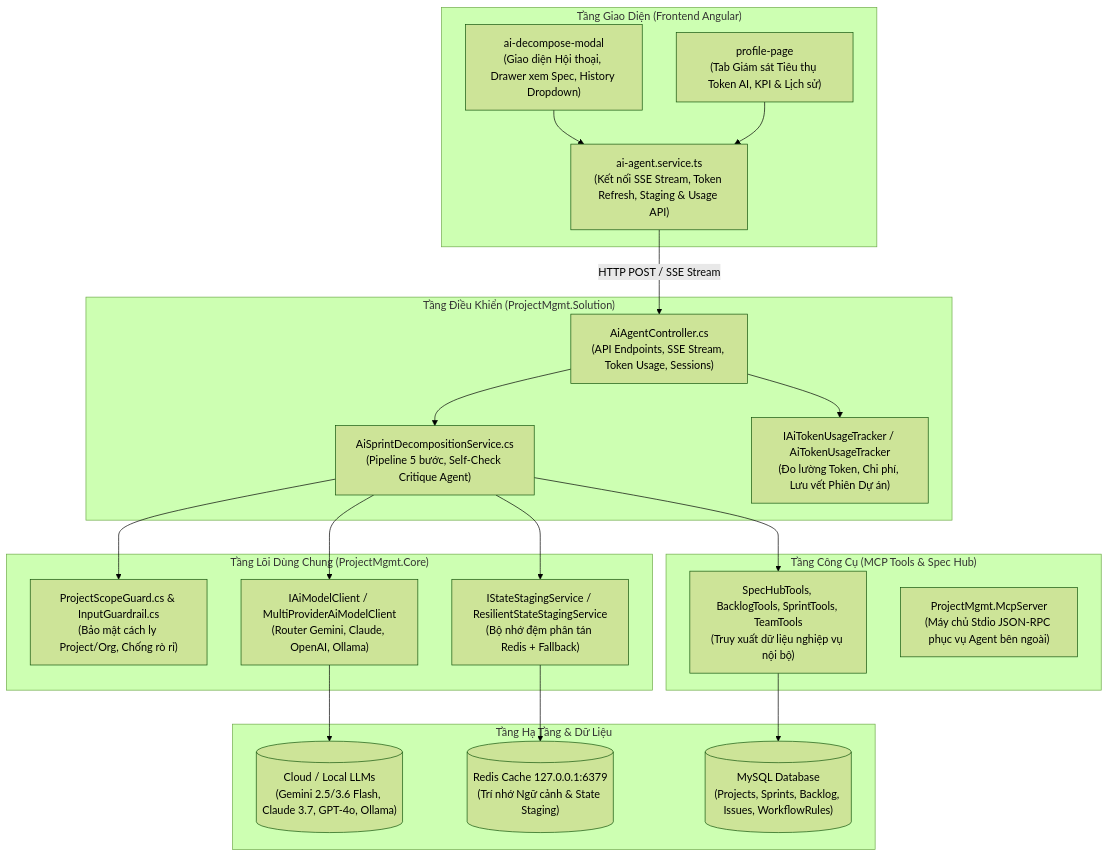
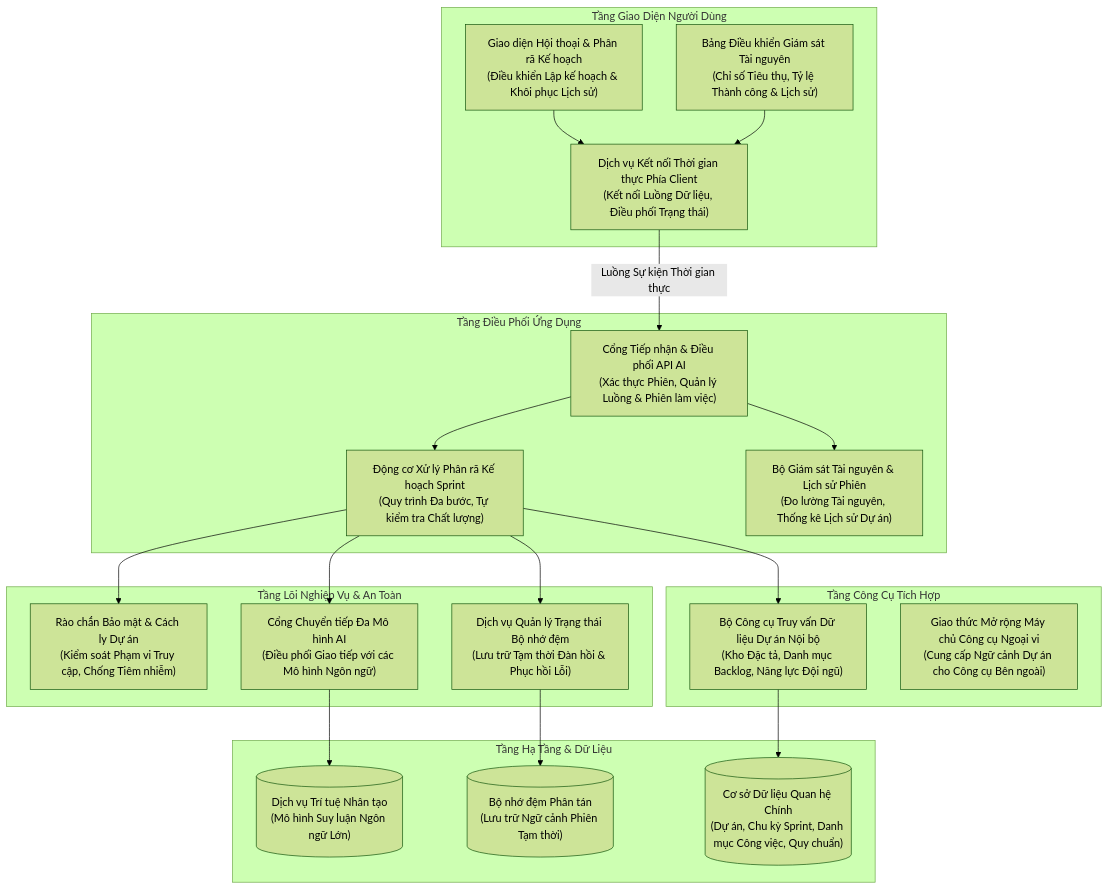
Before and after one commit to TranHoang2k40525/ProjectMgmt: the first of 2 diagrams in docs/ai/01-kien-truc-tong-quan-va-use-case.md, drawn with Mermaid (forest theme). The commit also changed other lines of this file and 6 other files, not shown here.

Commit message:
docs(ai): sanitize diagrams to architectural naming convention without code files, tech or method leakage

````diff
--- a/docs/ai/01-kien-truc-tong-quan-va-use-case.md
+++ b/docs/ai/01-kien-truc-tong-quan-va-use-case.md
@@ -28,44 +28,44 @@
 ```mermaid
 flowchart TD
-    subgraph UI["Tầng Giao Diện (Frontend Angular)"]
-        Modal["ai-decompose-modal\n(Giao diện Hội thoại, Drawer xem Spec, History Dropdown)"]
-        Profile["profile-page\n(Tab Giám sát Tiêu thụ Token AI, KPI & Lịch sử)"]
-        Service["ai-agent.service.ts\n(Kết nối SSE Stream, Token Refresh, Staging & Usage API)"]
+    subgraph UI["Tầng Giao Diện Người Dùng"]
+        Modal["Giao diện Hội thoại & Phân rã Kế hoạch\n(Điều khiển Lập kế hoạch & Khôi phục Lịch sử)"]
+        Profile["Bảng Điều khiển Giám sát Tài nguyên\n(Chỉ số Tiêu thụ, Tỷ lệ Thành công & Lịch sử)"]
+        Service["Dịch vụ Kết nối Thời gian thực Phía Client\n(Kết nối Luồng Dữ liệu, Điều phối Trạng thái)"]
     end
 
-    subgraph API["Tầng Điều Khiển (ProjectMgmt.Solution)"]
-        Ctrl["AiAgentController.cs\n(API Endpoints, SSE Stream, Token Usage, Sessions)"]
-        DecompSvc["AiSprintDecompositionService.cs\n(Pipeline 5 bước, Self-Check Critique Agent)"]
-        TokenTracker["IAiTokenUsageTracker / AiTokenUsageTracker\n(Đo lường Token, Chi phí, Lưu vết Phiên Dự án)"]
+    subgraph API["Tầng Điều Phối Ứng Dụng"]
+        Ctrl["Cổng Tiếp nhận & Điều phối API AI\n(Xác thực Phiên, Quản lý Luồng & Phiên làm việc)"]
+        DecompSvc["Động cơ Xử lý Phân rã Kế hoạch Sprint\n(Quy trình Đa bước, Tự kiểm tra Chất lượng)"]
+        TokenTracker["Bộ Giám sát Tài nguyên & Lịch sử Phiên\n(Đo lường Tài nguyên, Thống kê Lịch sử Dự án)"]
     end
 
-    subgraph CORE["Tầng Lõi Dùng Chung (ProjectMgmt.Core)"]
-        ModelClient["IAiModelClient / MultiProviderAiModelClient\n(Router Gemini, Claude, OpenAI, Ollama)"]
-        Staging["IStateStagingService / ResilientStateStagingService\n(Bộ nhớ đệm phân tán Redis + Fallback)"]
-        ScopeGuard["ProjectScopeGuard.cs & InputGuardrail.cs\n(Bảo mật cách ly Project/Org, Chống rò rỉ)"]
+    subgraph CORE["Tầng Lõi Nghiệp Vụ & An Toàn"]
+        ModelClient["Cổng Chuyển tiếp Đa Mô hình AI\n(Điều phối Giao tiếp với các Mô hình Ngôn ngữ)"]
+        Staging["Dịch vụ Quản lý Trạng thái Bộ nhớ đệm\n(Lưu trữ Tạm thời Đàn hồi & Phục hồi Lỗi)"]
+        ScopeGuard["Rào chắn Bảo mật & Cách ly Dự án\n(Kiểm soát Phạm vi Truy cập, Chống Tiêm nhiễm)"]
     end
 
-    subgraph TOOLS["Tầng Công Cụ (MCP Tools & Spec Hub)"]
-        McpInternal["SpecHubTools, BacklogTools, SprintTools, TeamTools\n(Truy xuất dữ liệu nghiệp vụ nội bộ)"]
-        McpServer["ProjectMgmt.McpServer\n(Máy chủ Stdio JSON-RPC phục vụ Agent bên ngoài)"]
+    subgraph TOOLS["Tầng Công Cụ Tích Hợp"]
+        McpInternal["Bộ Công cụ Truy vấn Dữ liệu Dự án Nội bộ\n(Kho Đặc tả, Danh mục Backlog, Năng lực Đội ngũ)"]
+        McpServer["Giao thức Mở rộng Máy chủ Công cụ Ngoại vi\n(Cung cấp Ngữ cảnh Dự án cho Công cụ Bên ngoài)"]
     end
 
     subgraph INFRA["Tầng Hạ Tầng & Dữ Liệu"]
-        Redis[("Redis Cache 127.0.0.1:6379\n(Trí nhớ Ngữ cảnh & State Staging)")]
-        MySQL[("MySQL Database\n(Projects, Sprints, Backlog, Issues, WorkflowRules)")]
-        LLM[("Cloud / Local LLMs\n(Gemini 2.5/3.6 Flash, Claude 3.7, GPT-4o, Ollama)")]
+        Redis[("Bộ nhớ đệm Phân tán\n(Lưu trữ Ngữ cảnh Phiên Tạm thời)")]
+        MySQL[("Cơ sở Dữ liệu Quan hệ Chính\n(Dự án, Chu kỳ Sprint, Danh mục Công việc, Quy chuẩn)")]
+        LLM[("Dịch vụ Trí tuệ Nhân tạo\n(Mô hình Suy luận Ngôn ngữ Lớn)")]
     end
 
     Modal --> Service
     Profile --> Service
-    Service -->|HTTP POST / SSE Stream| Ctrl
+    Service -->|Luồng Sự kiện Thời gian thực| Ctrl
     Ctrl --> DecompSvc
     Ctrl --> TokenTracker
     DecompSvc --> ScopeGuard
     DecompSvc --> ModelClient
     DecompSvc --> Staging
     DecompSvc --> McpInternal
     ModelClient --> LLM
     Staging --> Redis
     McpInternal --> MySQL
 ```
````
